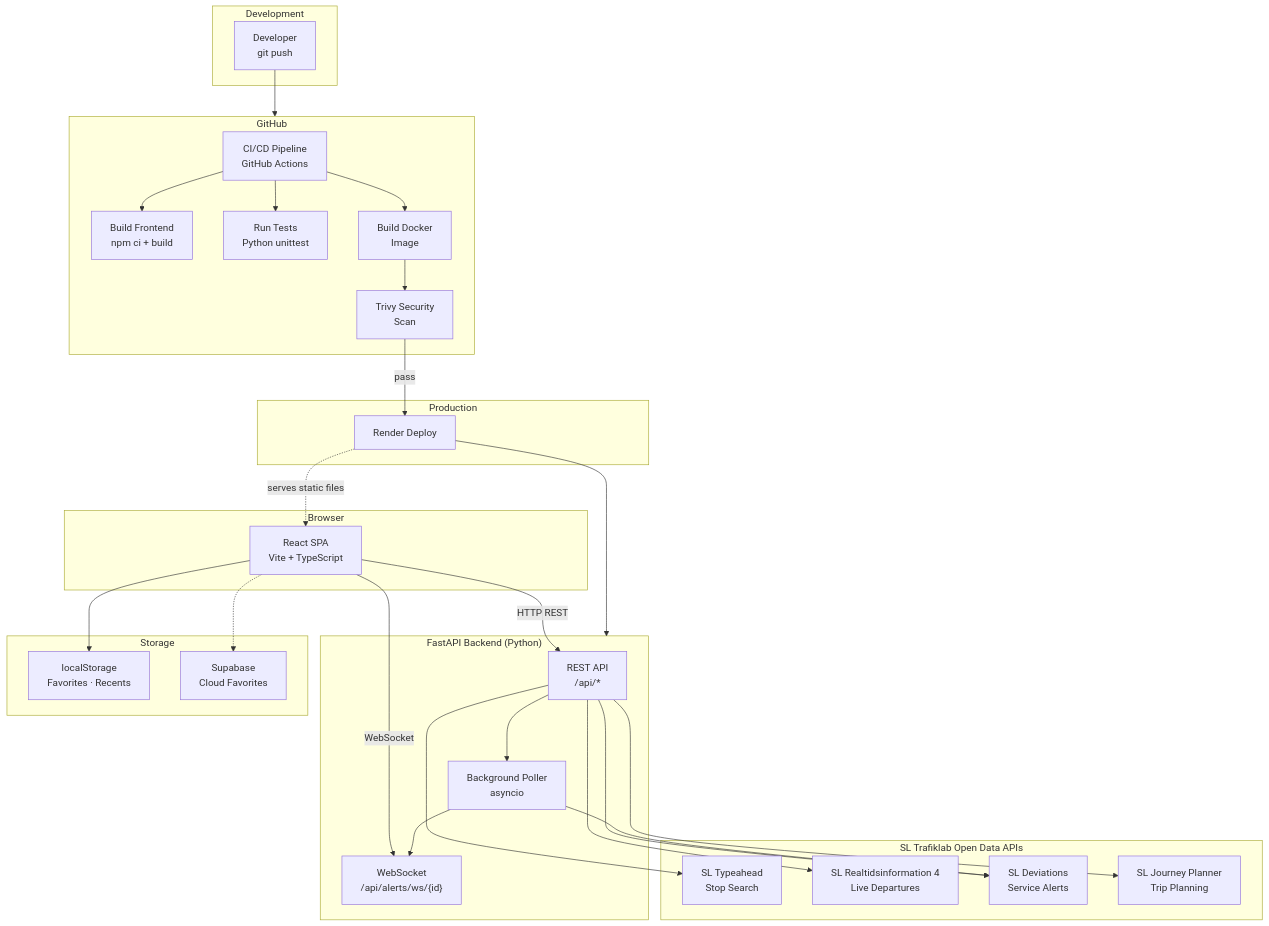
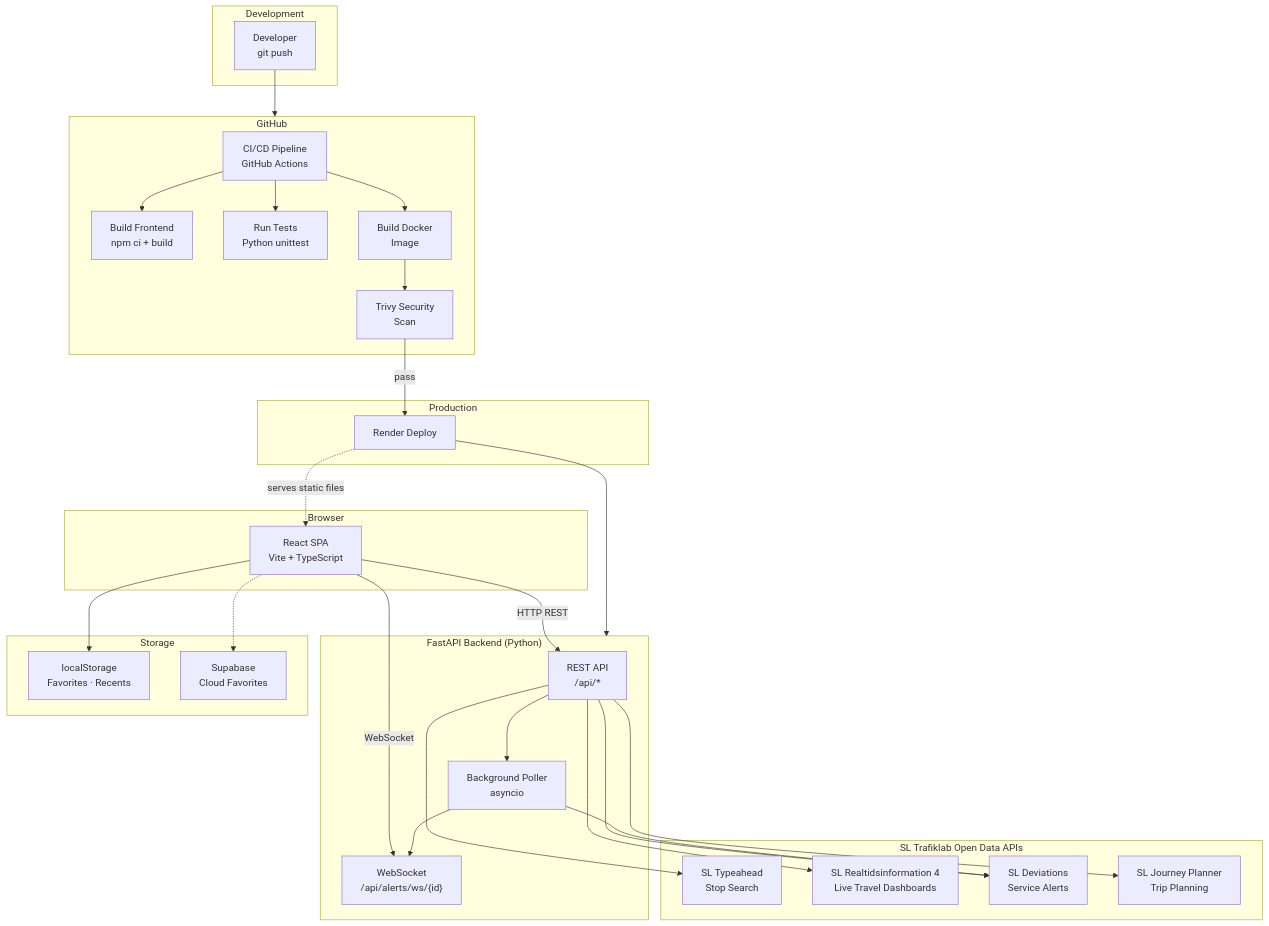
Before and after one commit to tukue/realtime-mobility: the second of 3 diagrams in README.md, drawn with Mermaid. The commit also changed 4 other files, not shown here.

Commit message:
chore: rename live departures to live travel dashboards

````diff
--- a/README.md
+++ b/README.md
@@ -49,62 +49,62 @@
 ```mermaid
 graph TB
     subgraph Development["Development"]
         DEV["Developer<br/>git push"]
     end
 
     subgraph GitHub["GitHub"]
         CI["CI/CD Pipeline<br/>GitHub Actions"]
         BUILD["Build Frontend<br/>npm ci + build"]
         TEST["Run Tests<br/>Python unittest"]
         DOCKER["Build Docker<br/>Image"]
         TRIVY["Trivy Security<br/>Scan"]
         CI --> BUILD
         CI --> TEST
         CI --> DOCKER
         DOCKER --> TRIVY
     end
 
     subgraph Production["Production"]
         RENDER["Render Deploy"]
         TRIVY -- "pass" --> RENDER
     end
 
     subgraph Browser["Browser"]
         FE["React SPA<br/>Vite + TypeScript"]
     end
 
     subgraph Backend["FastAPI Backend (Python)"]
         API["REST API<br/>/api/*"]
         WS["WebSocket<br/>/api/alerts/ws/{id}"]
         POLLER["Background Poller<br/>asyncio"]
         API --> POLLER
     end
 
     subgraph Storage["Storage"]
         LS["localStorage<br/>Favorites · Recents"]
         SB["Supabase<br/>Cloud Favorites"]
     end
 
     subgraph ExternalSL["SL Trafiklab Open Data APIs"]
         SL1["SL Typeahead<br/>Stop Search"]
-        SL2["SL Realtidsinformation 4<br/>Live Departures"]
+        SL2["SL Realtidsinformation 4<br/>Live Travel Dashboards"]
         SL3["SL Deviations<br/>Service Alerts"]
         SL4["SL Journey Planner<br/>Trip Planning"]
     end
 
     DEV --> GitHub
     RENDER --> Backend
     RENDER -.->|"serves static files"| FE
 
     FE -- "HTTP REST" --> API
     FE -- "WebSocket" --> WS
     FE --> LS
     FE -.-> SB
 
     API --> SL1
     API --> SL2
     API --> SL3
     API --> SL4
     POLLER --> SL3
     POLLER --> WS
 ```
````
